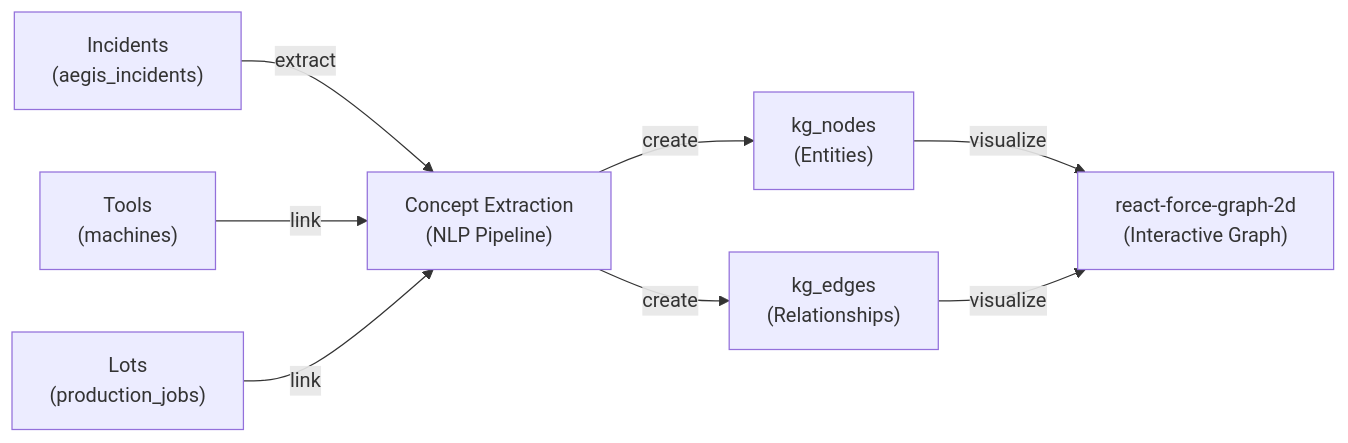
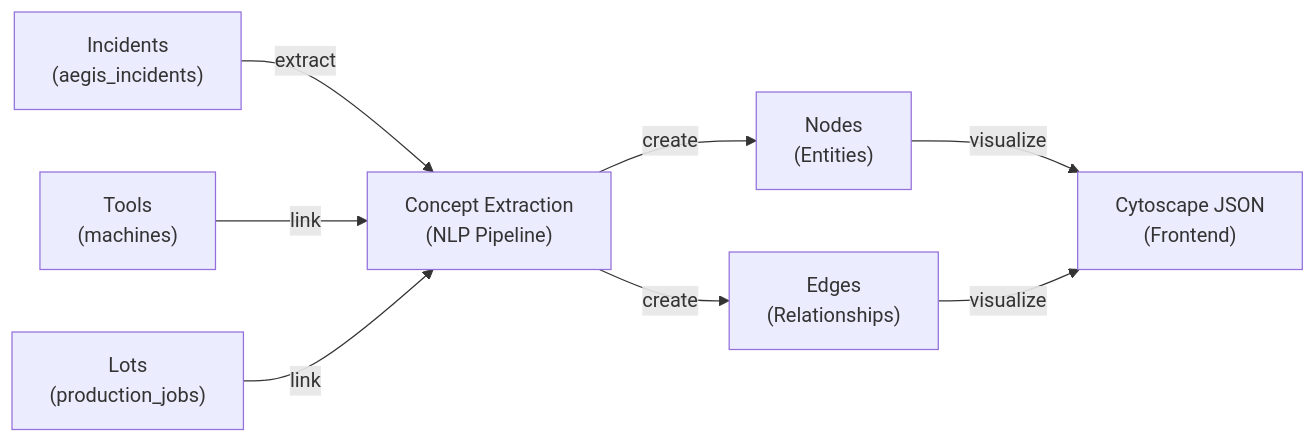
Before and after one commit to AngelP17/YieldOps: the fourth of 20 diagrams in Architecture.md, drawn with Mermaid. The commit also changed other lines of this file and 5 other files, not shown here.

````diff
--- a/Architecture.md
+++ b/Architecture.md
@@ -271,10 +327,10 @@
 ```mermaid
 flowchart LR
     A["Incidents<br/>(aegis_incidents)"] -->|"extract"| B["Concept Extraction<br/>(NLP Pipeline)"]
     C["Tools<br/>(machines)"] -->|"link"| B
     D["Lots<br/>(production_jobs)"] -->|"link"| B
-    B -->|"create"| E["kg_nodes<br/>(Entities)"]
-    B -->|"create"| F["kg_edges<br/>(Relationships)"]
-    E -->|"visualize"| G["react-force-graph-2d<br/>(Interactive Graph)"]
+    B -->|"create"| E["Nodes<br/>(Entities)"]
+    B -->|"create"| F["Edges<br/>(Relationships)"]
+    E -->|"visualize"| G["Cytoscape JSON<br/>(Frontend)"]
     F -->|"visualize"| G
 ```
````
